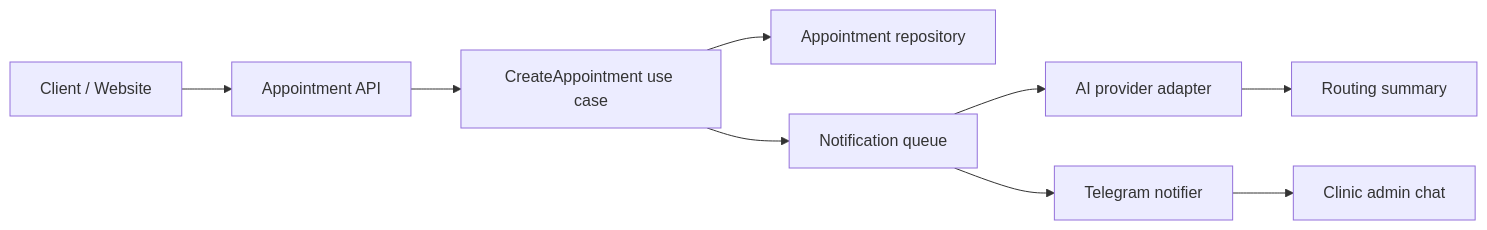
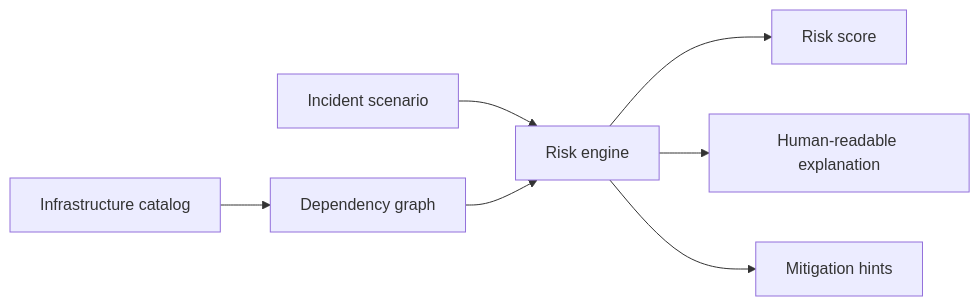
The diagram in README.md (inotmustdie/internet-pulse-engine), drawn with Mermaid before and after one commit. The commit also changed other lines of this file and 21 other files, not shown here.

````diff
--- a/README.md
+++ b/README.md
@@ -43,11 +20,9 @@
 ```mermaid
 flowchart LR
-    Client[Client / Website] --> API[Appointment API]
-    API --> UseCase[CreateAppointment use case]
-    UseCase --> Repo[Appointment repository]
-    UseCase --> Queue[Notification queue]
-    Queue --> AI[AI provider adapter]
-    Queue --> TG[Telegram notifier]
-    AI --> Summary[Routing summary]
-    TG --> Admin[Clinic admin chat]
+    Catalog[Infrastructure catalog] --> Graph[Dependency graph]
+    Scenario[Incident scenario] --> Engine[Risk engine]
+    Graph --> Engine
+    Engine --> Score[Risk score]
+    Engine --> Explanation[Human-readable explanation]
+    Engine --> Recommendations[Mitigation hints]
 ```
````
